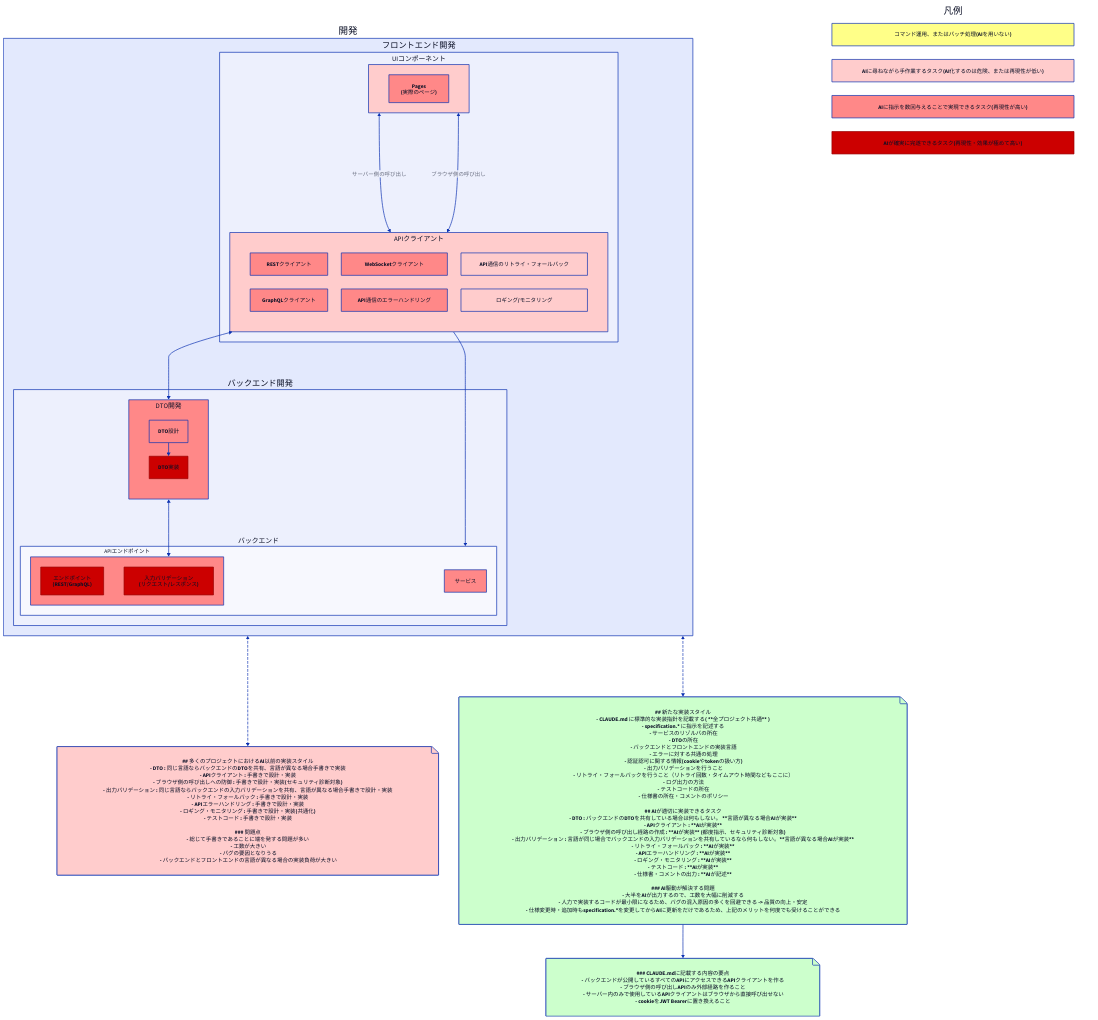
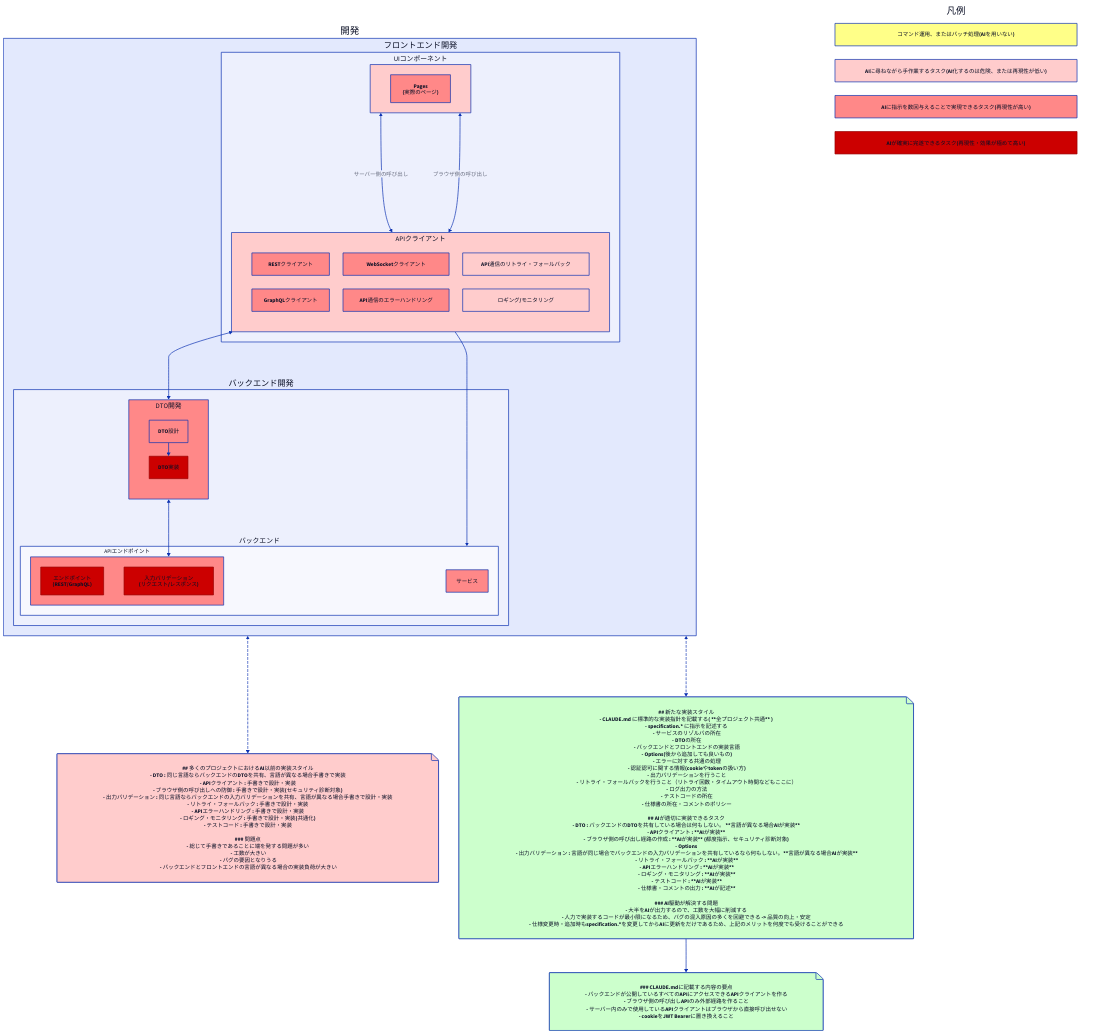
Before and after one commit to nenaaki/ai-effective-project: the diagram in docs/problem-02/problem-02.d2, drawn with D2. The commit also changed 1 other file, not shown here.

```diff
--- a/docs/problem-02/problem-02.d2
+++ b/docs/problem-02/problem-02.d2
@@ -1,189 +1,191 @@
 classes: {
   command: {
     style: {
       fill: "#ffff88"
     }
   }
   ai-effective-weak: {
     style: {
       fill: "#ffcccc"
     }
   }
   ai-effective: {
     style: {
       fill: "#ff8888"
     }
   }
   ai-effective-strong: {
     style: {
       fill: "#cc0000"
       stroke: "#990000"
       stroke-width: 2
     }
   }
 }
 
 development {
   label: "開発"
   frontend-development {
     label: "フロントエンド開発"
 
     ui-components {
       label: "UIコンポーネント"
       class: ai-effective-weak
       pages: "Pages\n(実際のページ)" { class: ai-effective }
 
     }
     api-client {
       label: "APIクライアント"
       grid-columns: 3
       class: ai-effective-weak
       "RESTクライアント" { class: ai-effective }
       "GraphQLクライアント" { class: ai-effective }
       "WebSocketクライアント" { class: ai-effective }
       "API通信のエラーハンドリング" { class: ai-effective }
       "API通信のリトライ・フォールバック" { class: ai-effective-weak }
       "ロギング/モニタリング" { class: ai-effective-weak }
     }
 
     ui-components <-> api-client: "サーバー側の呼び出し" 
     ui-components <-> api-client: "ブラウザ側の呼び出し" 
   }
 
   # バックエンド開発
   backend-development {
     label: "バックエンド開発"
 
     dto-development {
       label: "DTO開発"
       class: ai-effective
       grid-columns: 1
       dto-design: "DTO設計" { class: ai-effective }
       dto-implementation: "DTO実装" { class: ai-effective-strong }
 
       dto-design -> dto-implementation
     }
 
     backend {
       label: "バックエンド"
       
       api {
         label: "APIエンドポイント"
         class: ai-effective
         endpoints: "エンドポイント\n(REST/GraphQL)" { class: ai-effective-strong }
         validation: "入力バリデーション\n(リクエスト/レスポンス)" { class: ai-effective-strong }
       }
       service-definition {
         label: "サービス"
         class: ai-effective
       }
     }
   }
 
   # developmentの依存関係
   frontend-development.api-client <-> backend-development.dto-development
   backend-development.dto-development <-> backend-development.backend.api
 
   frontend-development.api-client -> backend-development.backend
 }
 
 "凡例": {
   label: "凡例"
   style: {
     fill: "#ffffff"
     stroke: "#000000"
     stroke-width: 0
   }
   grid-rows: 4
     command: "コマンド運用、またはバッチ処理(AIを用いない)" { class: command }
     ai-effective-weak: "AIに尋ねながら手作業するタスク(AI化するのは危険、または再現性が低い)" { class: ai-effective-weak }
     ai-effective: "AIに指示を数回与えることで実現できるタスク(再現性が高い)" { class: ai-effective }
     ai-effective-strong: "AIが確実に完遂できるタスク(再現性・効果が極めて高い)" { class: ai-effective-strong }
 }
 
 asis: |md
 ## 多くのプロジェクトにおけるAI以前の実装スタイル
 - DTO : 同じ言語ならバックエンドのDTOを共有、言語が異なる場合手書きで実装
 - APIクライアント : 手書きで設計・実装
 - ブラウザ側の呼び出しへの防御 : 手書きで設計・実装(セキュリティ診断対象)
 - 出力バリデーション : 同じ言語ならバックエンドの入力バリデーションを共有、言語が異なる場合手書きで設計・実装
 - リトライ・フォールバック : 手書きで設計・実装
 - APIエラーハンドリング : 手書きで設計・実装
 - ロギング・モニタリング : 手書きで設計・実装(共通化)
 - テストコード : 手書きで設計・実装
 
 ### 問題点
 - 総じて手書きであることに端を発する問題が多い
   - 工数が大きい
   - バグの要因となりうる
   - バックエンドとフロントエンドの言語が異なる場合の実装負荷が大きい
 |
 
 asis.shape: page
 asis.style: {
   fill: "#ffcccc"
 }
 
 tobe: |md
 ## 新たな実装スタイル
 - CLAUDE.md に標準的な実装指針を記載する( **全プロジェクト共通** )
 - specification.* に指示を記述する
   - サービスのリゾルバの所在
   - DTOの所在
   - バックエンドとフロントエンドの実装言語
-  - エラーに対する共通の処理
-  - 認証認可に関する情報(cookieやtokenの扱い方)
-  - 出力バリデーションを行うこと
-  - リトライ・フォールバックを行うこと（リトライ回数・タイムアウト時間などもここに）
-  - ログ出力の方法
-  - テストコードの所在
-  - 仕様書の所在・コメントのポリシー
+  - Options(後から追加しても良いもの)
+    - エラーに対する共通の処理
+    - 認証認可に関する情報(cookieやtokenの扱い方)
+    - 出力バリデーションを行うこと
+    - リトライ・フォールバックを行うこと（リトライ回数・タイムアウト時間などもここに）
+    - ログ出力の方法
+    - テストコードの所在
+    - 仕様書の所在・コメントのポリシー
 
 ## AIが適切に実装できるタスク
 - DTO : バックエンドのDTOを共有している場合は何もしない。 **言語が異なる場合AIが実装**
 - APIクライアント : **AIが実装**
 - ブラウザ側の呼び出し経路の作成 : **AIが実装** (都度指示、セキュリティ診断対象)
-- 出力バリデーション : 言語が同じ場合でバックエンドの入力バリデーションを共有しているなら何もしない。**言語が異なる場合AIが実装**
-- リトライ・フォールバック : **AIが実装**
-- APIエラーハンドリング : **AIが実装**
-- ロギング・モニタリング : **AIが実装**
-- テストコード : **AIが実装**
-- 仕様書・コメントの出力 : **AIが記述**
+- Options
+  - 出力バリデーション : 言語が同じ場合でバックエンドの入力バリデーションを共有しているなら何もしない。**言語が異なる場合AIが実装**
+  - リトライ・フォールバック : **AIが実装**
+  - APIエラーハンドリング : **AIが実装**
+  - ロギング・モニタリング : **AIが実装**
+  - テストコード : **AIが実装**
+  - 仕様書・コメントの出力 : **AIが記述**
 
 ### AI駆動が解決する問題
 - 大半をAIが出力するので、工数を大幅に削減する
 - 人力で実装するコードが最小限になるため、バグの混入原因の多くを回避できる -> 品質の向上・安定
 - 仕様変更時・追加時もspecification.*を変更してからAIに更新をだけであるため、上記のメリットを何度でも受けることができる
 |
 
 tobe.shape: page
 tobe.style: {
   fill: "#ccffcc"
 }
 
 claude-md: |md
 ### CLAUDE.mdに記載する内容の要点
 - バックエンドが公開しているすべてのAPIにアクセスできるAPIクライアントを作る
 - ブラウザ側の呼び出しAPIのみ外部経路を作ること
   - サーバー内のみで使用しているAPIクライアントはブラウザから直接呼び出せない
 - cookieをJWT Bearerに置き換えること
 |
 
 claude-md.shape: page
 claude-md.style: {
   fill: "#ccffcc"
 }
 
 
 # 点線でつなぐ（吹き出しの引き出し線風）
 development <-> asis: {
   style: {
     stroke-dash: 3
   }
 }
 development <-> tobe: {
   style: {
     stroke-dash: 3
   }
 }
 tobe -> claude-md
```
